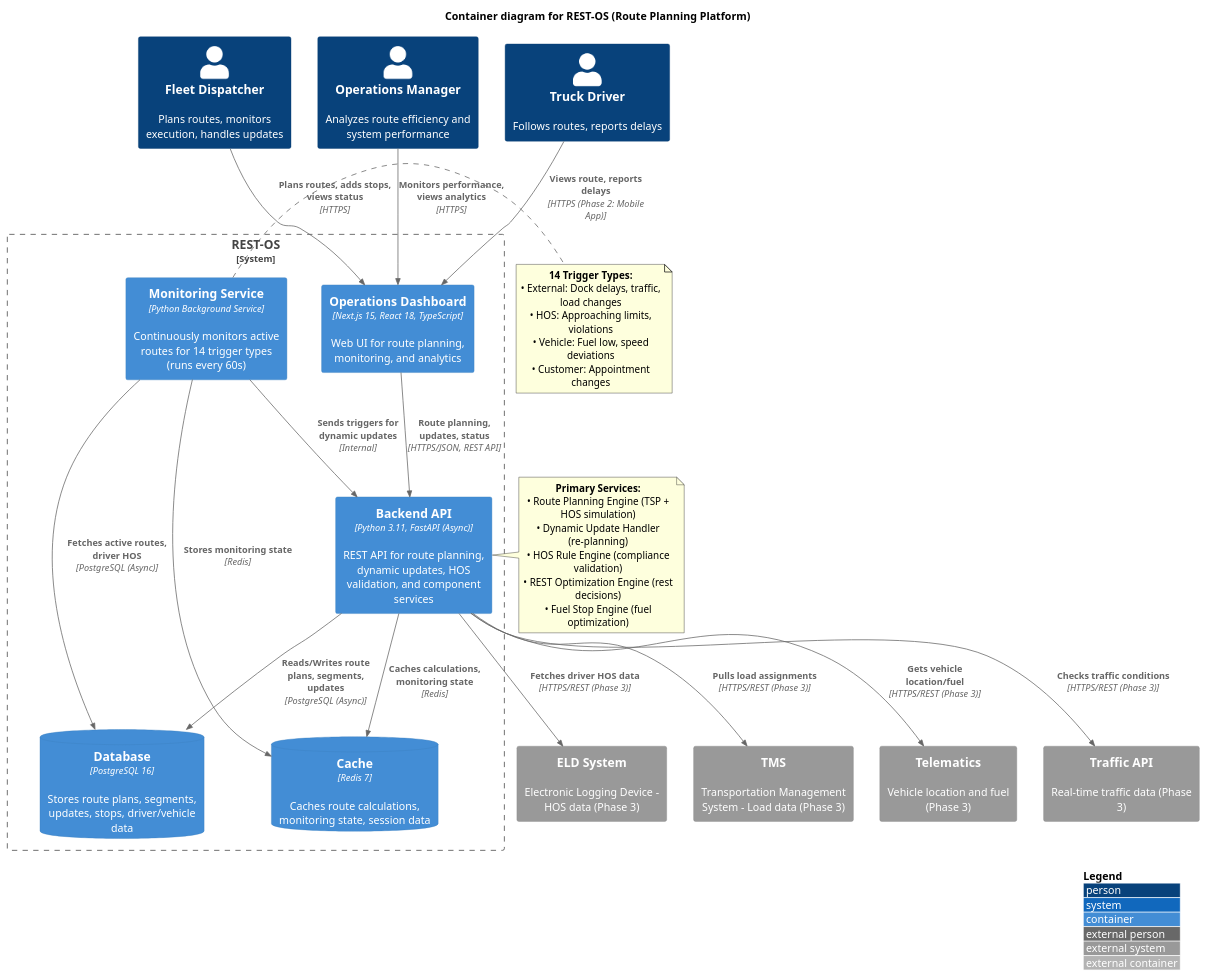
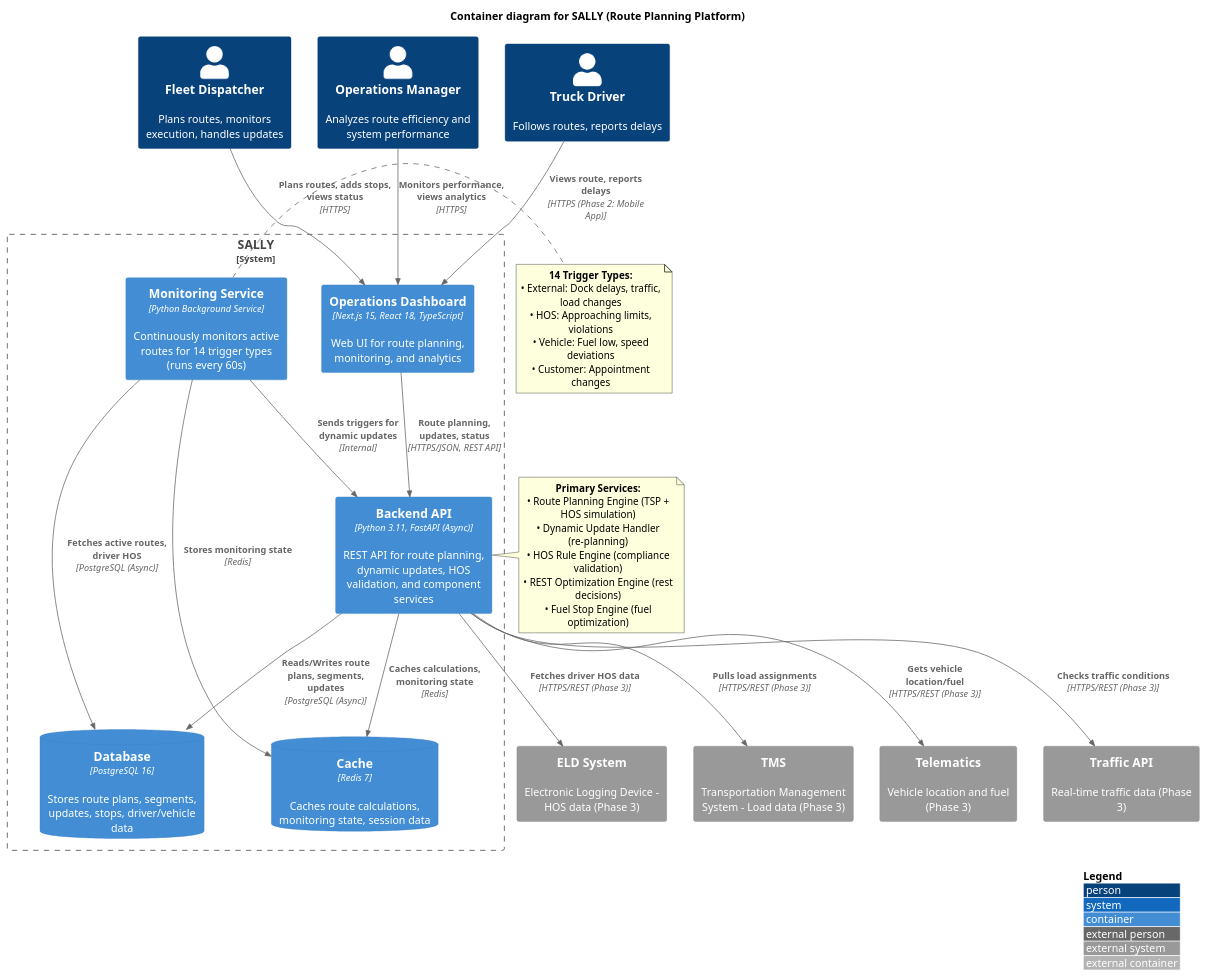
Before and after one commit to app-shore/sally: the diagram in .docs/architecture/c4-level2-container.puml, drawn with PlantUML. The commit also changed 38 other files, not shown here.

```diff
--- a/.docs/architecture/c4-level2-container.puml
+++ b/.docs/architecture/c4-level2-container.puml
@@ -1,63 +1,63 @@
 @startuml C4_Container
 !include https://raw.githubusercontent.com/plantuml-stdlib/C4-PlantUML/master/C4_Container.puml
 
 LAYOUT_WITH_LEGEND()
 
-title Container diagram for REST-OS (Route Planning Platform)
+title Container diagram for SALLY (Route Planning Platform)
 
 Person(dispatcher, "Fleet Dispatcher", "Plans routes, monitors execution, handles updates")
 Person(operations, "Operations Manager", "Analyzes route efficiency and system performance")
 Person(driver, "Truck Driver", "Follows routes, reports delays")
 
-System_Boundary(restos, "REST-OS") {
+System_Boundary(restos, "SALLY") {
     Container(web, "Operations Dashboard", "Next.js 15, React 18, TypeScript", "Web UI for route planning, monitoring, and analytics")
 
     Container(api, "Backend API", "Python 3.11, FastAPI (Async)", "REST API for route planning, dynamic updates, HOS validation, and component services")
 
     Container(monitoring, "Monitoring Service", "Python Background Service", "Continuously monitors active routes for 14 trigger types (runs every 60s)")
 
     ContainerDb(db, "Database", "PostgreSQL 16", "Stores route plans, segments, updates, stops, driver/vehicle data")
 
     ContainerDb(cache, "Cache", "Redis 7", "Caches route calculations, monitoring state, session data")
 }
 
 System_Ext(eld, "ELD System", "Electronic Logging Device - HOS data (Phase 3)")
 System_Ext(tms, "TMS", "Transportation Management System - Load data (Phase 3)")
 System_Ext(telematics, "Telematics", "Vehicle location and fuel (Phase 3)")
 System_Ext(traffic, "Traffic API", "Real-time traffic data (Phase 3)")
 
 Rel(dispatcher, web, "Plans routes, adds stops, views status", "HTTPS")
 Rel(operations, web, "Monitors performance, views analytics", "HTTPS")
 Rel(driver, web, "Views route, reports delays", "HTTPS (Phase 2: Mobile App)")
 
 Rel(web, api, "Route planning, updates, status", "HTTPS/JSON, REST API")
 Rel(api, db, "Reads/Writes route plans, segments, updates", "PostgreSQL (Async)")
 Rel(api, cache, "Caches calculations, monitoring state", "Redis")
 
 Rel(monitoring, db, "Fetches active routes, driver HOS", "PostgreSQL (Async)")
 Rel(monitoring, cache, "Stores monitoring state", "Redis")
 Rel(monitoring, api, "Sends triggers for dynamic updates", "Internal")
 
 Rel(api, eld, "Fetches driver HOS data", "HTTPS/REST (Phase 3)")
 Rel(api, tms, "Pulls load assignments", "HTTPS/REST (Phase 3)")
 Rel(api, telematics, "Gets vehicle location/fuel", "HTTPS/REST (Phase 3)")
 Rel(api, traffic, "Checks traffic conditions", "HTTPS/REST (Phase 3)")
 
 note right of api
   **Primary Services:**
   • Route Planning Engine (TSP + HOS simulation)
   • Dynamic Update Handler (re-planning)
   • HOS Rule Engine (compliance validation)
   • REST Optimization Engine (rest decisions)
   • Fuel Stop Engine (fuel optimization)
 end note
 
 note right of monitoring
   **14 Trigger Types:**
   • External: Dock delays, traffic, load changes
   • HOS: Approaching limits, violations
   • Vehicle: Fuel low, speed deviations
   • Customer: Appointment changes
 end note
 
 @enduml
```
